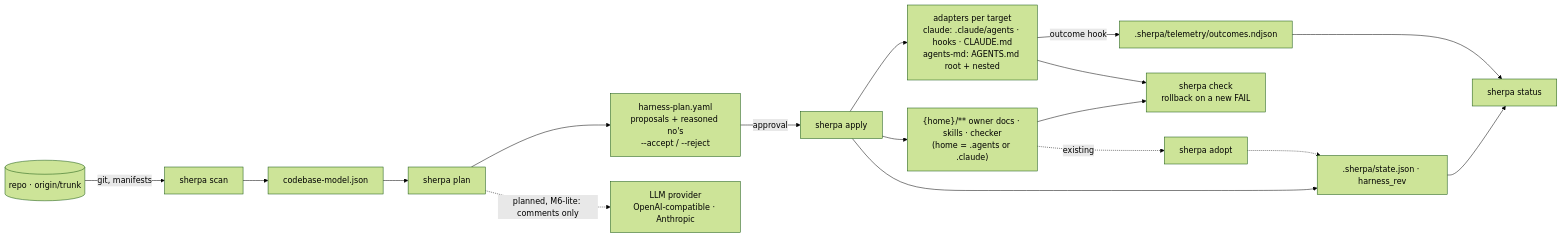
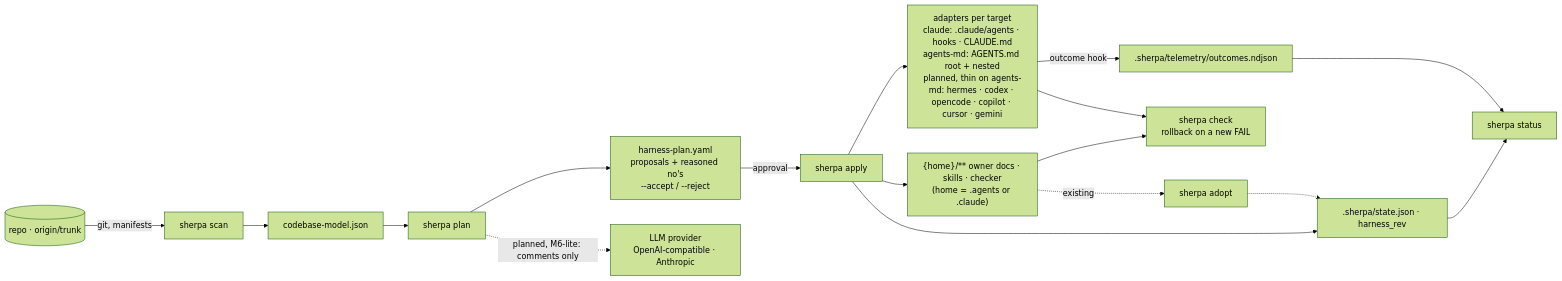
One commit to sherparc/Sherpa changed the diagram in README.md. Above: the diagram before and after it, drawn with Mermaid (forest theme). The commit also changed 4 other files, not shown here.

````diff
--- a/README.md
+++ b/README.md
@@ -203,18 +203,18 @@
 ```mermaid
 flowchart LR
     R[(repo · origin/trunk)] -->|git, manifests| S[sherpa scan]
     S --> M[codebase-model.json]
     M --> P[sherpa plan]
     P --> Y[harness-plan.yaml<br/>proposals + reasoned no's<br/>--accept / --reject]
     Y -->|approval| A[sherpa apply]
     A --> H["{home}/** owner docs · skills · checker<br/>(home = .agents or .claude)"]
-    A --> T["adapters per target<br/>claude: .claude/agents · hooks · CLAUDE.md<br/>agents-md: AGENTS.md root + nested"]
+    A --> T["adapters per target<br/>claude: .claude/agents · hooks · CLAUDE.md<br/>agents-md: AGENTS.md root + nested<br/>planned, thin on agents-md: hermes · codex · opencode · copilot · cursor · gemini"]
     A --> ST[.sherpa/state.json · harness_rev]
     T -->|outcome hook| O[.sherpa/telemetry/outcomes.ndjson]
     ST --> Q[sherpa status]
     O --> Q
     H --> C[sherpa check<br/>rollback on a new FAIL]
     T --> C
     H -.->|existing| AD[sherpa adopt] -.-> ST
     P -. planned, M6-lite: comments only .-> L[LLM provider<br/>OpenAI-compatible · Anthropic]
 ```
````
